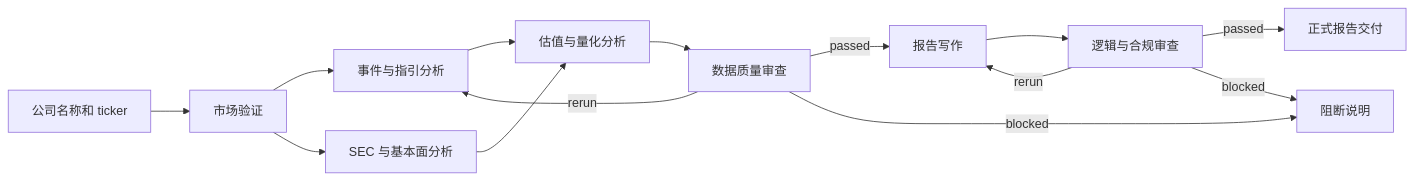
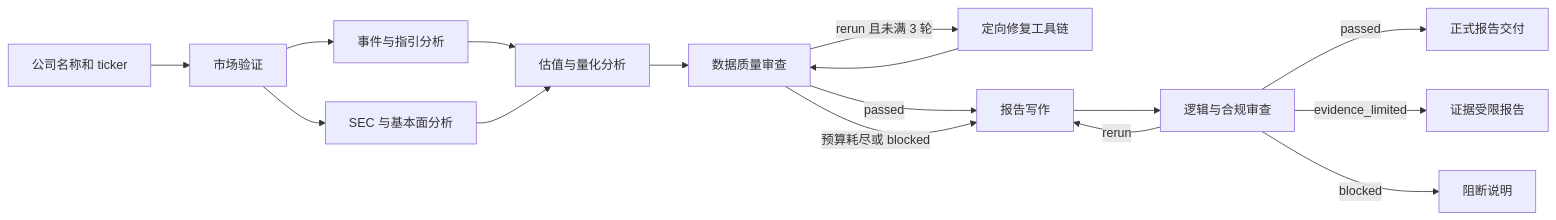
Before and after one commit to Blake-Ye/AgentVest: the diagram in README.md, drawn with Mermaid. The commit also changed other lines of this file and 41 other files, not shown here.

````diff
--- a/README.md
+++ b/README.md
@@ -20,16 +20,18 @@
 ```mermaid
 flowchart LR
     A[公司名称和 ticker] --> B[市场验证]
     B --> C[事件与指引分析]
     B --> D[SEC 与基本面分析]
     C --> E[估值与量化分析]
     D --> E
     E --> F[数据质量审查]
-    F -->|rerun| C
+    F -->|rerun 且未满 3 轮| K[定向修复工具链]
+    K --> F
     F -->|passed| G[报告写作]
-    F -->|blocked| J[阻断说明]
+    F -->|预算耗尽或 blocked| G
     G --> H[逻辑与合规审查]
     H -->|rerun| G
     H -->|passed| I[正式报告交付]
-    H -->|blocked| J
+    H -->|evidence_limited| L[证据受限报告]
+    H -->|blocked| J[阻断说明]
 ```
````
